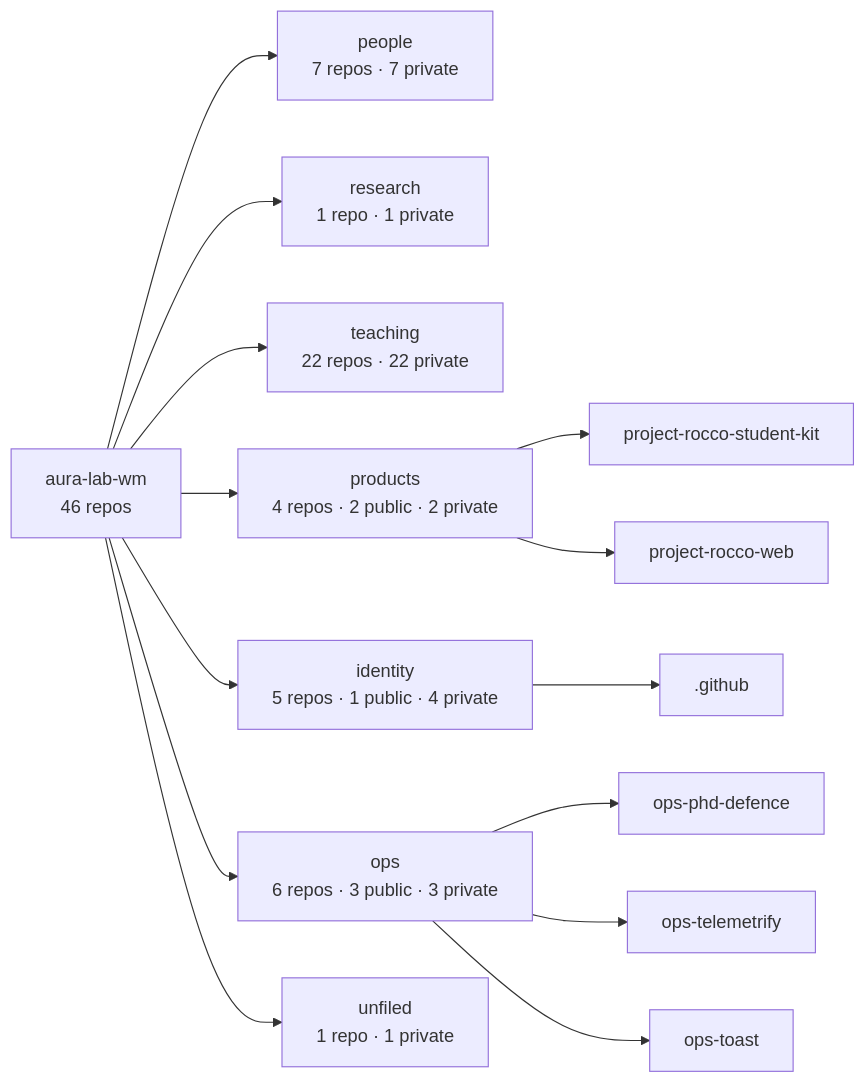
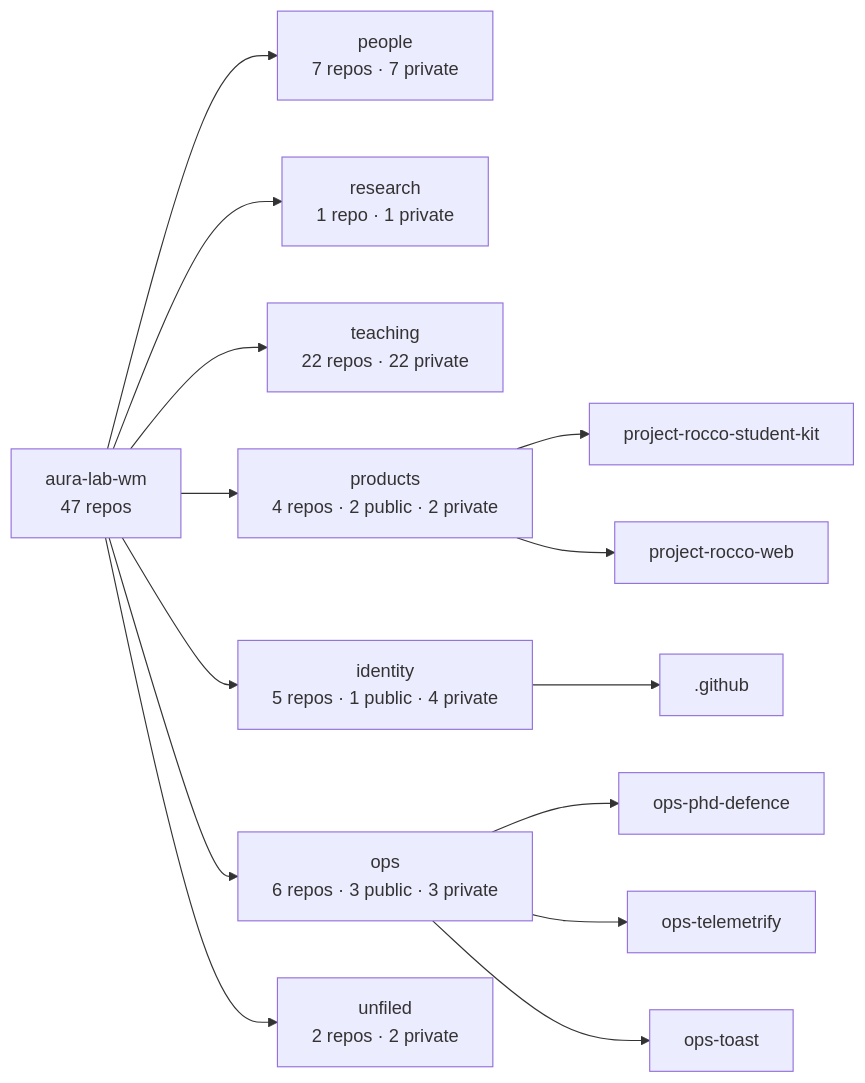
The diagram in profile/README.md (aura-lab-wm/.github), drawn with Mermaid before and after one commit. The commit also changed other lines of this file, not shown here.

Commit message:
Repository map: refresh from the live org (harnesslab transferred in) [skip ci]

````diff
--- a/profile/README.md
+++ b/profile/README.md
@@ -92,17 +92,17 @@
 ```mermaid
 flowchart LR
-  ORG["aura-lab-wm<br/>46 repos"]
+  ORG["aura-lab-wm<br/>47 repos"]
   ORG --> PEOPLE["people<br/>7 repos · 7 private"]
   ORG --> RESEARCH["research<br/>1 repo · 1 private"]
   ORG --> TEACHING["teaching<br/>22 repos · 22 private"]
   ORG --> PRODUCTS["products<br/>4 repos · 2 public · 2 private"]
   PRODUCTS --> PRODUCTS_0["project-rocco-student-kit"]
   PRODUCTS --> PRODUCTS_1["project-rocco-web"]
   ORG --> IDENTITY["identity<br/>5 repos · 1 public · 4 private"]
   IDENTITY --> IDENTITY_0[".github"]
   ORG --> OPS["ops<br/>6 repos · 3 public · 3 private"]
   OPS --> OPS_0["ops-phd-defence"]
   OPS --> OPS_1["ops-telemetrify"]
   OPS --> OPS_2["ops-toast"]
-  ORG --> UNFILED["unfiled<br/>1 repo · 1 private"]
+  ORG --> UNFILED["unfiled<br/>2 repos · 2 private"]
 ```
````
